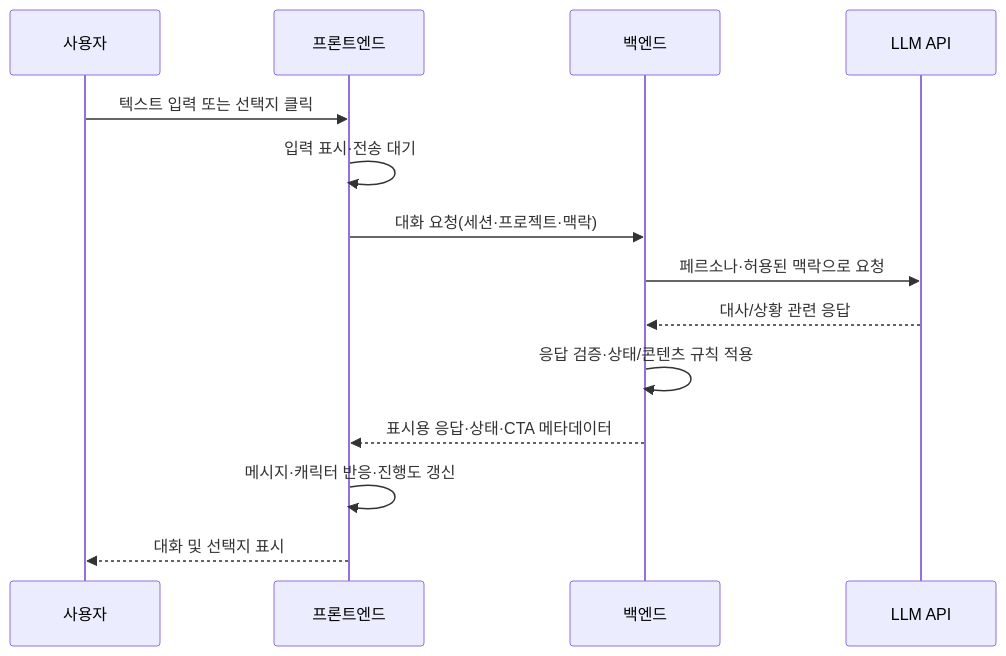
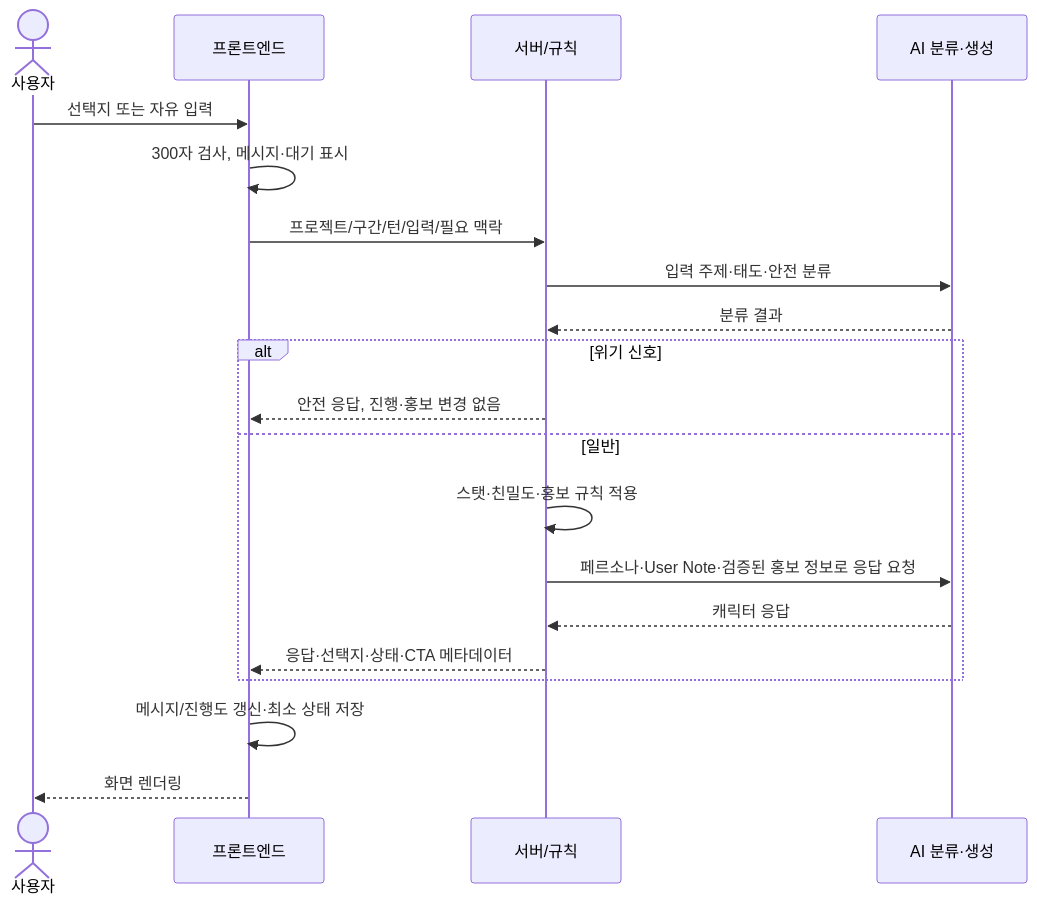
The fourth of 4 diagrams in FRONTEND_DESIGN.md (wjdsl/mingle), drawn with Mermaid before and after one commit. The commit also changed other lines of this file, not shown here.

Commit message:
docs: PM 기획서 기반 프론트엔드 설계서 초안 수정

````diff
--- a/FRONTEND_DESIGN.md
+++ b/FRONTEND_DESIGN.md
@@ -302,16 +324,22 @@
 ```mermaid
 sequenceDiagram
-    participant U as 사용자
-    participant F as 프론트엔드
-    participant B as 백엔드
-    participant L as LLM API
-    U->>F: 텍스트 입력 또는 선택지 클릭
-    F->>F: 입력 표시·전송 대기
-    F->>B: 대화 요청(세션·프로젝트·맥락)
-    B->>L: 페르소나·허용된 맥락으로 요청
-    L-->>B: 대사/상황 관련 응답
-    B->>B: 응답 검증·상태/콘텐츠 규칙 적용
-    B-->>F: 표시용 응답·상태·CTA 메타데이터
-    F->>F: 메시지·캐릭터 반응·진행도 갱신
-    F-->>U: 대화 및 선택지 표시
+    actor User as 사용자
+    participant FE as 프론트엔드
+    participant API as 서버/규칙
+    participant AI as AI 분류·생성
+    User->>FE: 선택지 또는 자유 입력
+    FE->>FE: 300자 검사, 메시지·대기 표시
+    FE->>API: 프로젝트/구간/턴/입력/필요 맥락
+    API->>AI: 입력 주제·태도·안전 분류
+    AI-->>API: 분류 결과
+    alt 위기 신호
+        API-->>FE: 안전 응답, 진행·홍보 변경 없음
+    else 일반
+        API->>API: 스탯·친밀도·홍보 규칙 적용
+        API->>AI: 페르소나·User Note·검증된 홍보 정보로 응답 요청
+        AI-->>API: 캐릭터 응답
+        API-->>FE: 응답·선택지·상태·CTA 메타데이터
+    end
+    FE->>FE: 메시지/진행도 갱신·최소 상태 저장
+    FE-->>User: 화면 렌더링
 ```
````
